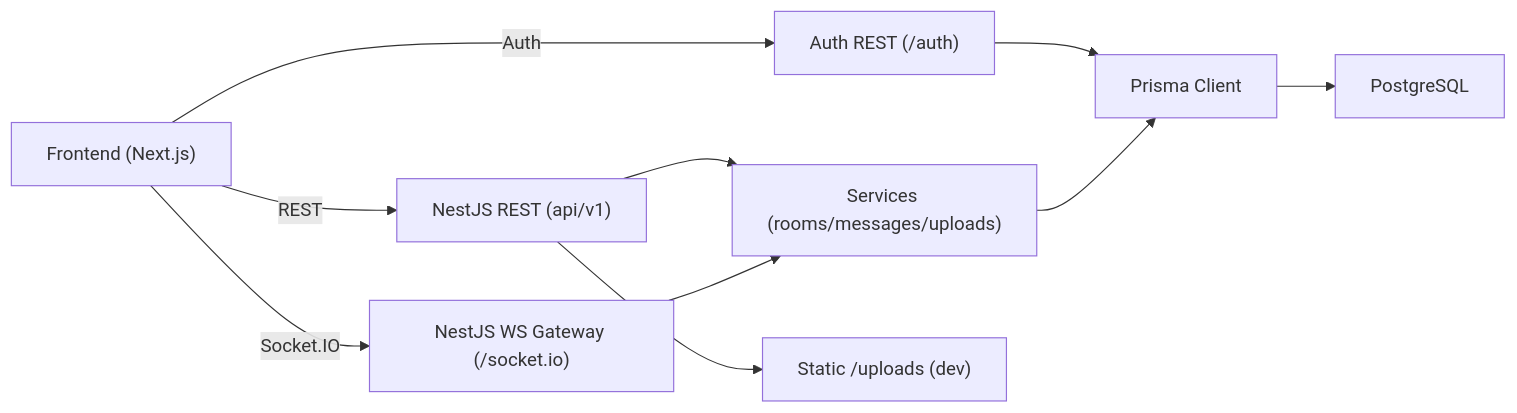
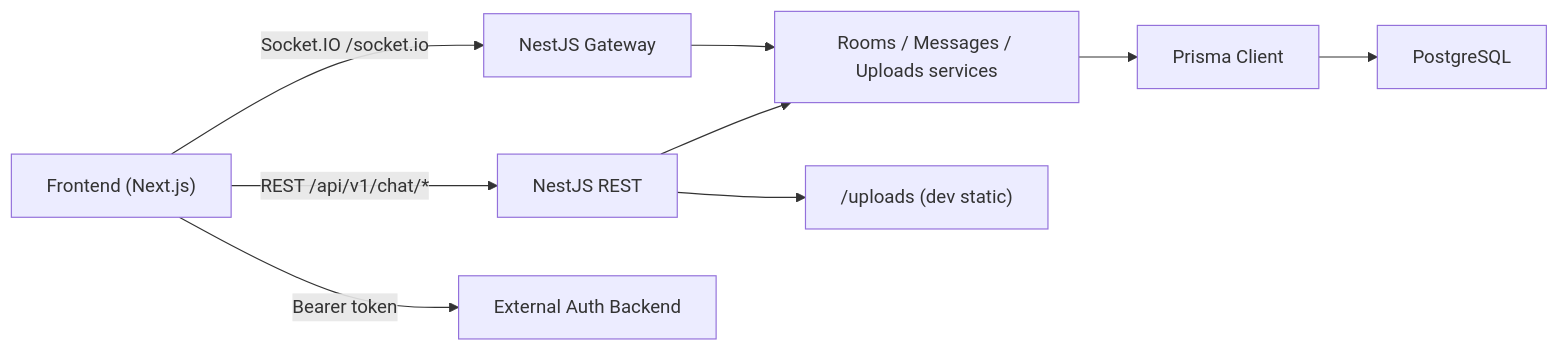
One commit to mikias1219/backend-chat changed the first of 5 diagrams in README.md. Above: the diagram before and after it, drawn with Mermaid. The commit also changed other lines of this file and 11 other files, not shown here.

````diff
--- a/README.md
+++ b/README.md
@@ -17,12 +25,11 @@
 ```mermaid
 flowchart LR
-  FE["Frontend (Next.js)"] -->|REST| API["NestJS REST (api/v1)"]
-  FE -->|Socket.IO| WS["NestJS WS Gateway (/socket.io)"]
-  FE -->|Auth| AUTH["Auth REST (/auth)"]
-  API --> SVC["Services (rooms/messages/uploads)"]
+  FE["Frontend (Next.js)"] -->|REST /api/v1/chat/*| API["NestJS REST"]
+  FE -->|Socket.IO /socket.io| WS["NestJS Gateway"]
+  FE -->|Bearer token| AUTH["External Auth Backend"]
+  API --> SVC["Rooms / Messages / Uploads services"]
   WS --> SVC
-  AUTH --> PRISMA
   SVC --> PRISMA["Prisma Client"]
   PRISMA --> PG["PostgreSQL"]
-  API --> UP["Static /uploads (dev)"]
+  API --> UP["/uploads (dev static)"]
 ```
````
